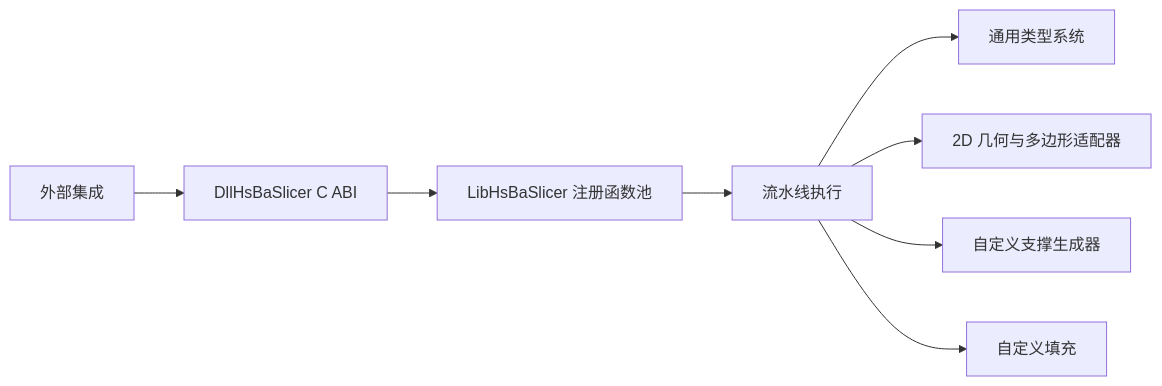
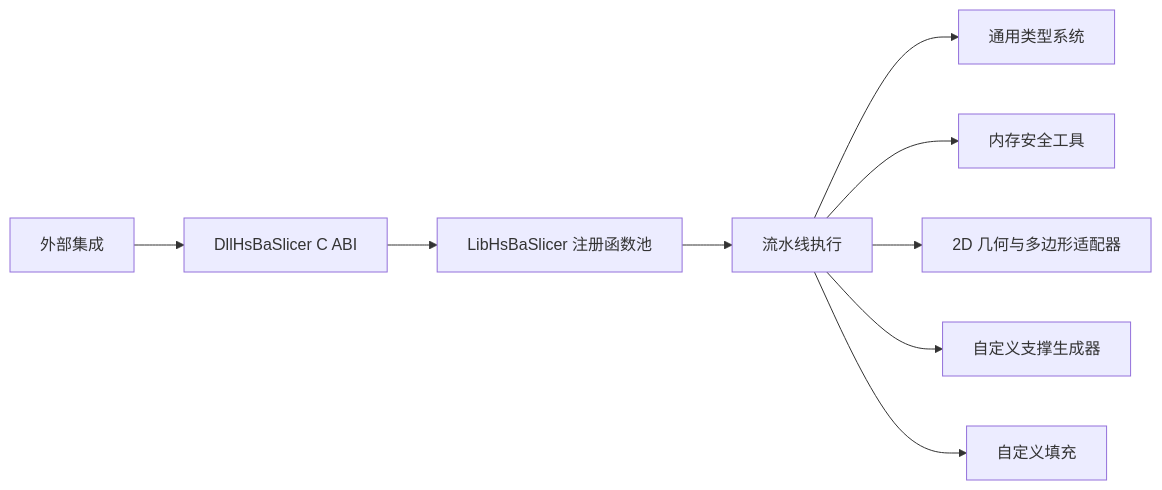
One commit to hsmbanlance/HsBaSlicer changed the ninth of 9 diagrams in .qoder/repowiki/zh/content/Lua 脚本系统/Lua 脚本系统.md. Above: the diagram before and after it, drawn with Mermaid. The commit also changed other lines of this file and 202 other files, not shown here.

````diff
--- a/.qoder/repowiki/zh/content/Lua 脚本系统/Lua 脚本系统.md
+++ b/.qoder/repowiki/zh/content/Lua 脚本系统/Lua 脚本系统.md
@@ -407,10 +548,11 @@
 ```mermaid
 graph LR
 External["外部集成"] --> CABI["DllHsBaSlicer C ABI"]
 CABI --> Pools["LibHsBaSlicer 注册函数池"]
 Pools --> Pipeline["流水线执行"]
 Pipeline --> Types["通用类型系统"]
+Pipeline --> Utils["内存安全工具"]
 Pipeline --> Geo["2D 几何与多边形适配器"]
 Pipeline --> Support["自定义支撑生成器"]
 Pipeline --> Fill["自定义填充"]
 ```
````
